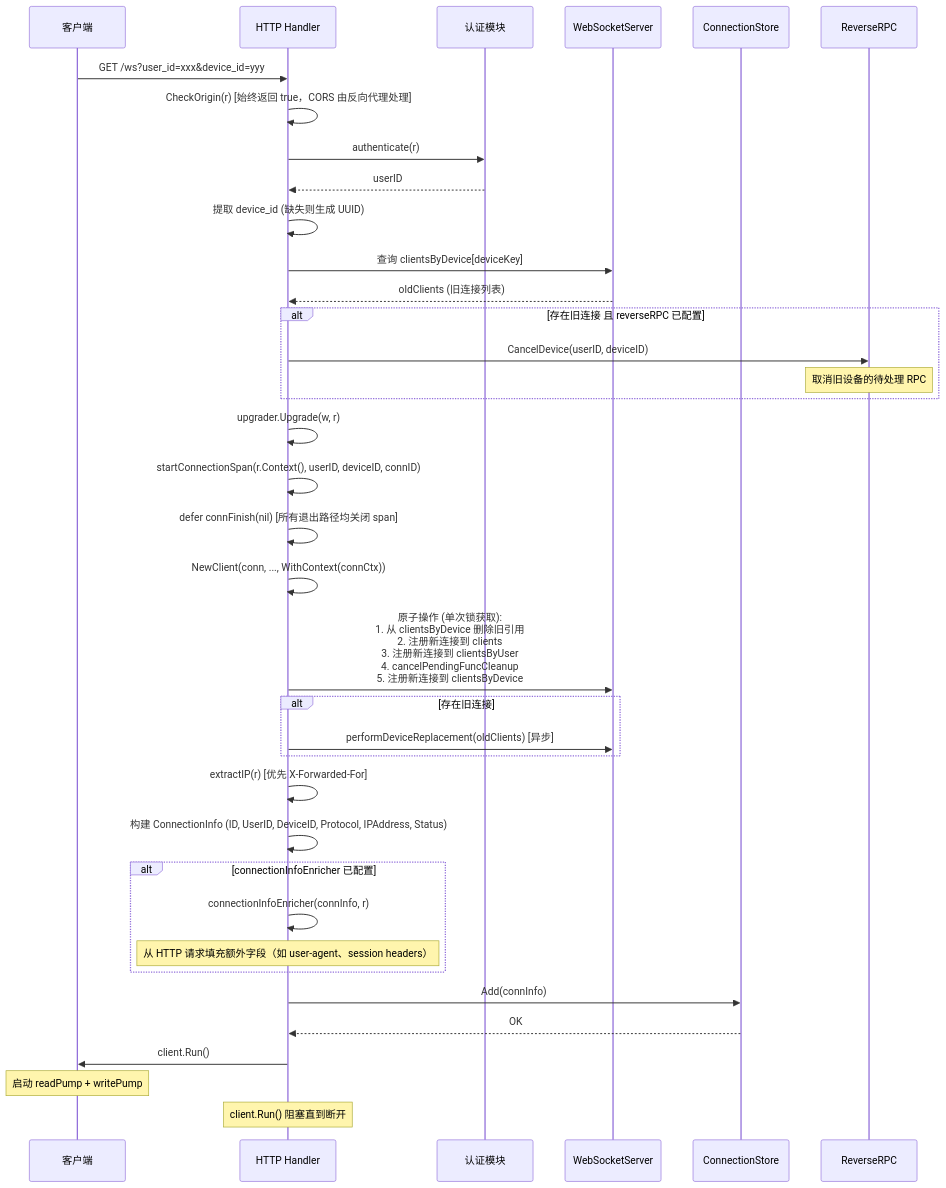
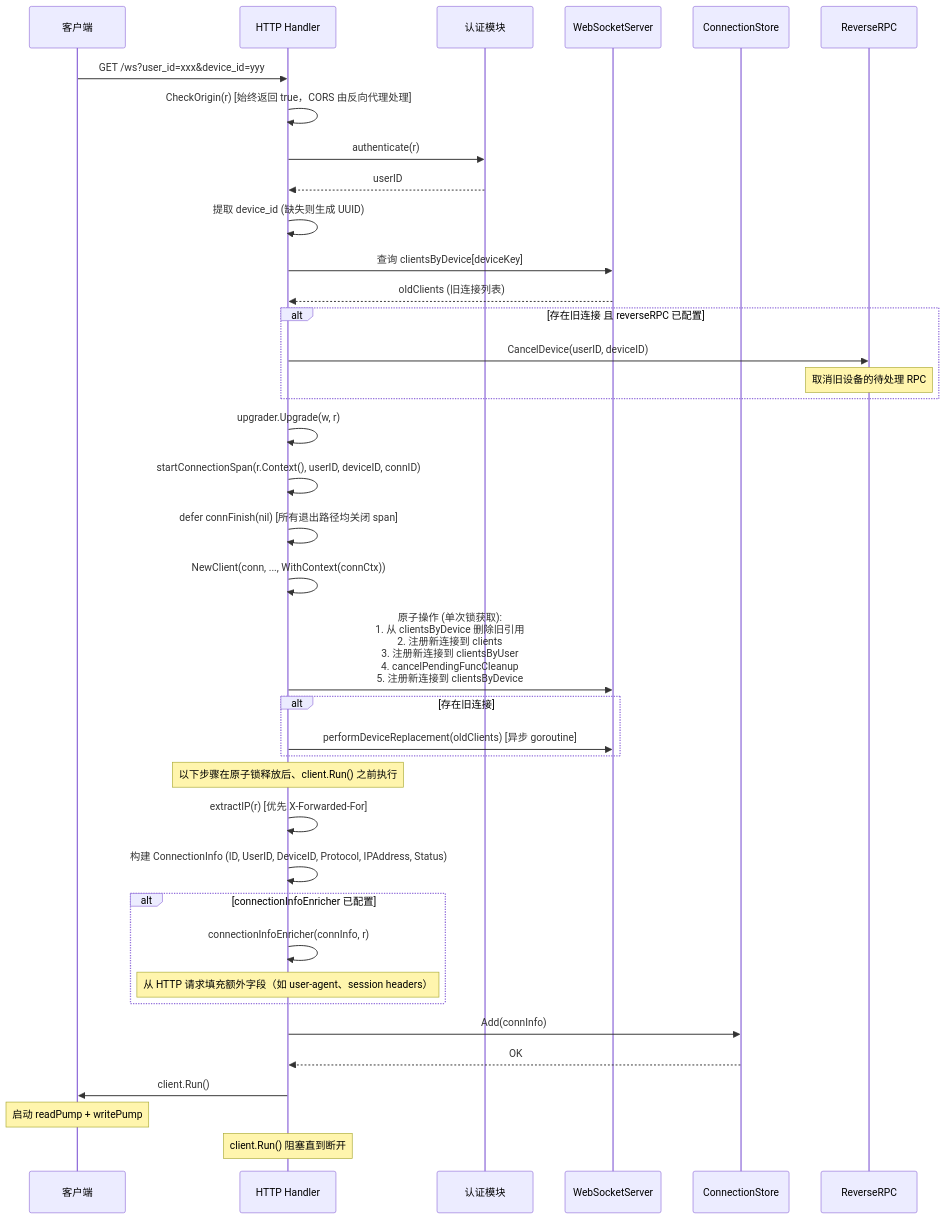
Before and after one commit to PineappleBond/xyncra-server: the first of 14 diagrams in wiki/flows/websocket-connection.md, drawn with Mermaid. The commit also changed other lines of this file and 19 other files, not shown here.

````diff
--- a/wiki/flows/websocket-connection.md
+++ b/wiki/flows/websocket-connection.md
@@ -16,47 +16,49 @@
 ```mermaid
 sequenceDiagram
     participant Client as 客户端
     participant HTTP as HTTP Handler
     participant Auth as 认证模块
     participant WS as WebSocketServer
     participant CS as ConnectionStore
     participant RR as ReverseRPC
 
     Client->>HTTP: GET /ws?user_id=xxx&device_id=yyy
     HTTP->>HTTP: CheckOrigin(r) [始终返回 true，CORS 由反向代理处理]
     HTTP->>Auth: authenticate(r)
     Auth-->>HTTP: userID
 
     HTTP->>HTTP: 提取 device_id (缺失则生成 UUID)
     HTTP->>WS: 查询 clientsByDevice[deviceKey]
     WS-->>HTTP: oldClients (旧连接列表)
 
     alt 存在旧连接 且 reverseRPC 已配置
         HTTP->>RR: CancelDevice(userID, deviceID)
         Note over RR: 取消旧设备的待处理 RPC
     end
 
     HTTP->>HTTP: upgrader.Upgrade(w, r)
     HTTP->>HTTP: startConnectionSpan(r.Context(), userID, deviceID, connID)
     HTTP->>HTTP: defer connFinish(nil) [所有退出路径均关闭 span]
     HTTP->>HTTP: NewClient(conn, ..., WithContext(connCtx))
     HTTP->>WS: 原子操作 (单次锁获取):<br/>1. 从 clientsByDevice 删除旧引用<br/>2. 注册新连接到 clients<br/>3. 注册新连接到 clientsByUser<br/>4. cancelPendingFuncCleanup<br/>5. 注册新连接到 clientsByDevice
 
     alt 存在旧连接
-        HTTP->>WS: performDeviceReplacement(oldClients) [异步]
+        HTTP->>WS: performDeviceReplacement(oldClients) [异步 goroutine]
     end
+
+    Note over HTTP: 以下步骤在原子锁释放后、client.Run() 之前执行
 
     HTTP->>HTTP: extractIP(r) [优先 X-Forwarded-For]
     HTTP->>HTTP: 构建 ConnectionInfo (ID, UserID, DeviceID, Protocol, IPAddress, Status)
     alt connectionInfoEnricher 已配置
         HTTP->>HTTP: connectionInfoEnricher(connInfo, r)
         Note over HTTP: 从 HTTP 请求填充额外字段（如 user-agent、session headers）
     end
     HTTP->>CS: Add(connInfo)
     CS-->>HTTP: OK
 
     HTTP->>Client: client.Run()
     Note over Client: 启动 readPump + writePump
 
     Note over HTTP: client.Run() 阻塞直到断开
 ```
````
